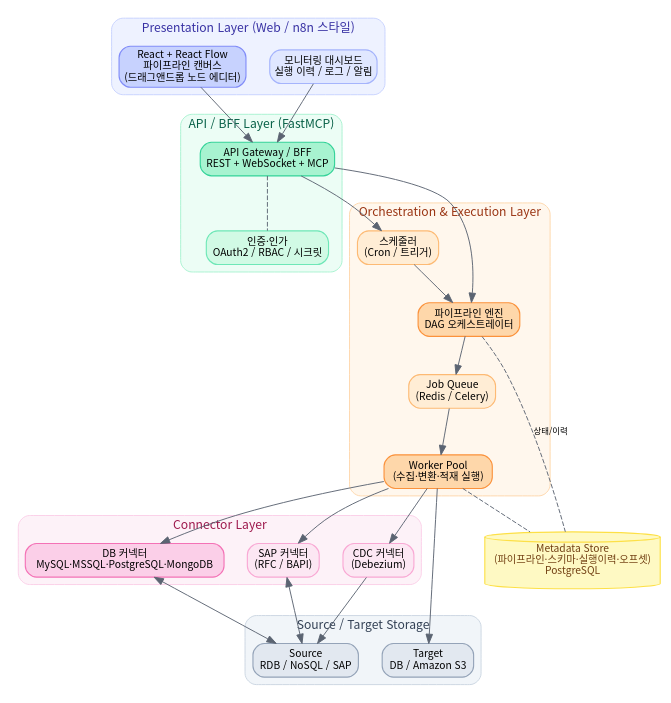
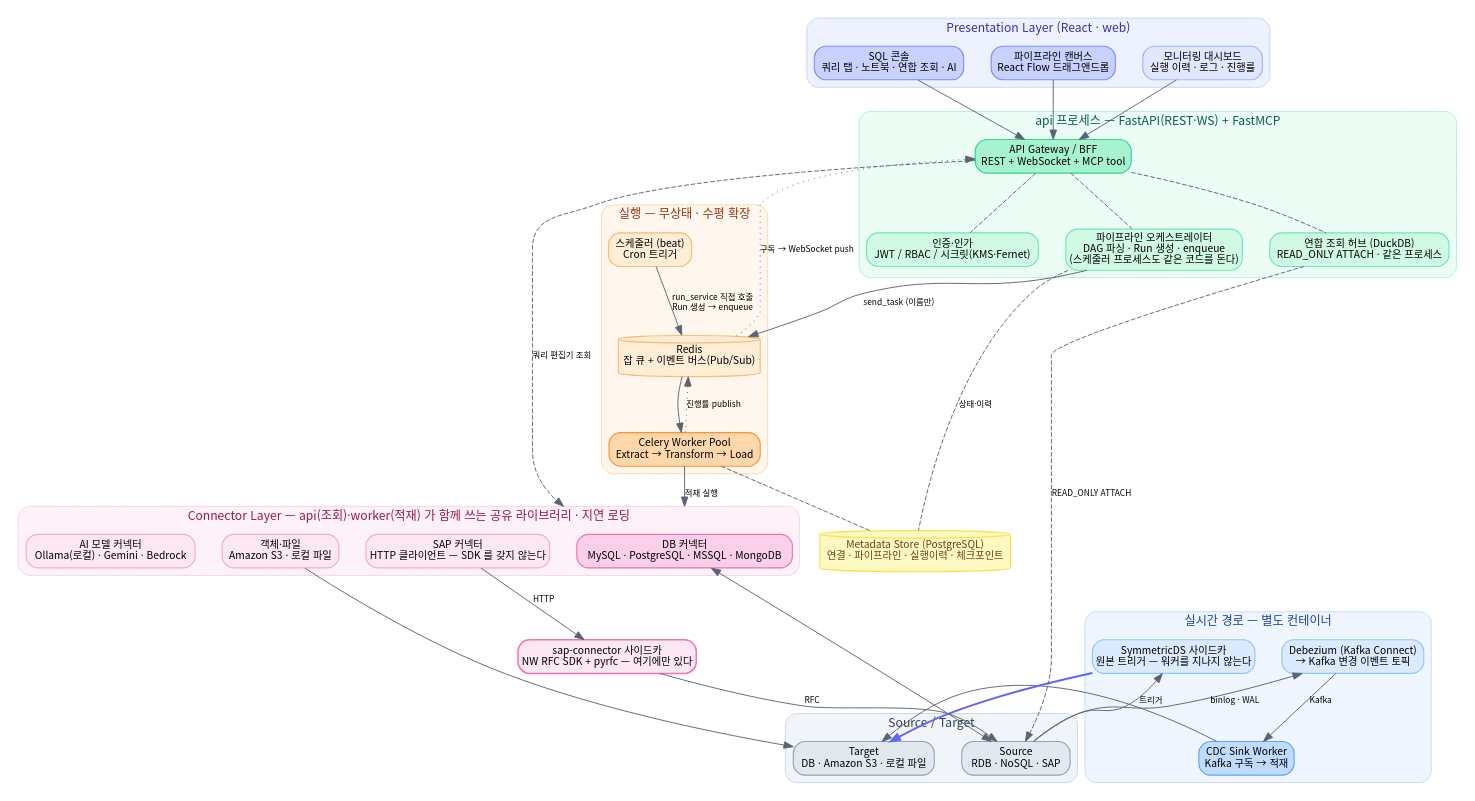
One commit to SurvivorsStudio/ditter changed the diagram in docs/diagrams/d1_overall.dot. Above: the diagram before and after it, drawn with Graphviz. The commit also changed 12 other files, not shown here.

```diff
--- a/docs/diagrams/d1_overall.dot
+++ b/docs/diagrams/d1_overall.dot
@@ -1,51 +1,106 @@
+// 전체 구조 — 계층과 **프로세스 경계**.
+//
+// 이 그림이 지켜야 하는 것 넷 (어긋나면 고친다):
+//   1. 없는 기능을 그리지 않는다. 인증은 JWT + RBAC 이다 — OAuth2 는 스키마만 있다.
+//   2. SQL 콘솔·연합 조회는 파이프라인과 나란한 제품의 절반이다. 빼면 그림이 거짓말을 한다.
+//   3. 무엇이 어느 프로세스에서 도는지 보여야 한다. 오케스트레이터는 별도 컨테이너가 아니고,
+//      SAP SDK 는 사이드카에만 있고, DuckDB 는 api 프로세스의 메모리를 쓴다.
+//   4. 스케줄러(beat)에서 api 클러스터로 화살표를 긋지 않는다. beat 는 api 를 부르지 않는다 —
+//      run_service(오케스트레이터 코드)를 **자기 프로세스에서** 돌려 Run 을 만들고 큐에 넣는다
+//      (eai_worker/scheduler.py). 그으면 없는 호출을 그리는 것이 된다.
+//
+// 엣지를 늘리지 말 것. api 도 worker 도 같은 커넥터를 쓰는데 둘 다 선으로 이으면
+// 그림이 실타래가 된다 — 그건 커넥터 계층 라벨이 대신 말한다.
+//
+// 다시 그리기: docs/diagrams/README.md
+
 digraph G {
-  rankdir=TB; bgcolor="white";
-  node [fontname="Noto Sans CJK KR", fontsize=11, shape=box, style="rounded,filled", penwidth=1.2];
-  edge [fontname="Noto Sans CJK KR", fontsize=9, color="#5b6472"];
-  graph [fontname="Noto Sans CJK KR", fontsize=13, labelloc=t, nodesep=0.35, ranksep=0.55];
+  rankdir=TB; bgcolor="white"; compound=true;
+  node [fontname="Noto Sans CJK KR,Apple SD Gothic Neo", fontsize=11, shape=box, style="rounded,filled", penwidth=1.2];
+  edge [fontname="Noto Sans CJK KR,Apple SD Gothic Neo", fontsize=9, color="#5b6472"];
+  graph [fontname="Noto Sans CJK KR,Apple SD Gothic Neo", fontsize=13, labelloc=t, nodesep=0.4, ranksep=0.7];
 
   subgraph cluster_pres {
-    label="Presentation Layer (Web / n8n 스타일)"; style="rounded,filled"; fillcolor="#eef2ff"; color="#c7d2fe"; fontcolor="#3730a3";
-    ui [label="React + React Flow\n파이프라인 캔버스\n(드래그앤드롭 노드 에디터)", fillcolor="#c7d2fe", color="#818cf8"];
-    mon [label="모니터링 대시보드\n실행 이력 / 로그 / 알림", fillcolor="#e0e7ff", color="#a5b4fc"];
+    label="Presentation Layer (React · web)"; style="rounded,filled"; fillcolor="#eef2ff"; color="#c7d2fe"; fontcolor="#3730a3";
+    sql [label="SQL 콘솔\n쿼리 탭 · 노트북 · 연합 조회 · AI", fillcolor="#c7d2fe", color="#818cf8"];
+    ui  [label="파이프라인 캔버스\nReact Flow 드래그앤드롭", fillcolor="#c7d2fe", color="#818cf8"];
+    mon [label="모니터링 대시보드\n실행 이력 · 로그 · 진행률", fillcolor="#e0e7ff", color="#a5b4fc"];
   }
 
   subgraph cluster_api {
-    label="API / BFF Layer (FastMCP)"; style="rounded,filled"; fillcolor="#ecfdf5"; color="#a7f3d0"; fontcolor="#065f46";
-    gw [label="API Gateway / BFF\nREST + WebSocket + MCP", fillcolor="#a7f3d0", color="#34d399"];
-    auth [label="인증·인가\nOAuth2 / RBAC / 시크릿", fillcolor="#d1fae5", color="#6ee7b7"];
+    label="api 프로세스 — FastAPI(REST·WS) + FastMCP"; style="rounded,filled"; fillcolor="#ecfdf5"; color="#a7f3d0"; fontcolor="#065f46";
+    gw   [label="API Gateway / BFF\nREST + WebSocket + MCP tool", fillcolor="#a7f3d0", color="#34d399"];
+    auth [label="인증·인가\nJWT / RBAC / 시크릿(KMS·Fernet)", fillcolor="#d1fae5", color="#6ee7b7"];
+    duck [label="연합 조회 허브 (DuckDB)\nREAD_ONLY ATTACH · 같은 프로세스", fillcolor="#d1fae5", color="#6ee7b7"];
+    orch [label="파이프라인 오케스트레이터\nDAG 파싱 · Run 생성 · enqueue\n(스케줄러 프로세스도 같은 코드를 돈다)", fillcolor="#d1fae5", color="#6ee7b7"];
   }
 
-  subgraph cluster_core {
-    label="Orchestration & Execution Layer"; style="rounded,filled"; fillcolor="#fff7ed"; color="#fed7aa"; fontcolor="#9a3412";
-    orch [label="파이프라인 엔진\nDAG 오케스트레이터", fillcolor="#fed7aa", color="#fb923c"];
-    sched [label="스케줄러\n(Cron / 트리거)", fillcolor="#ffedd5", color="#fdba74"];
-    queue [label="Job Queue\n(Redis / Celery)", fillcolor="#ffedd5", color="#fdba74"];
-    worker [label="Worker Pool\n(수집·변환·적재 실행)", fillcolor="#fed7aa", color="#fb923c"];
+  subgraph cluster_exec {
+    label="실행 — 무상태 · 수평 확장"; style="rounded,filled"; fillcolor="#fff7ed"; color="#fed7aa"; fontcolor="#9a3412";
+    sched  [label="스케줄러 (beat)\nCron 트리거", fillcolor="#ffedd5", color="#fdba74"];
+    queue  [label="Redis\n잡 큐 + 이벤트 버스(Pub/Sub)", shape=cylinder, fillcolor="#ffedd5", color="#fdba74"];
+    worker [label="Celery Worker Pool\nExtract → Transform → Load", fillcolor="#fed7aa", color="#fb923c"];
   }
 
   subgraph cluster_conn {
-    label="Connector Layer"; style="rounded,filled"; fillcolor="#fdf2f8"; color="#fbcfe8"; fontcolor="#9d174b";
-    dbc [label="DB 커넥터\nMySQL·MSSQL·PostgreSQL·MongoDB", fillcolor="#fbcfe8", color="#f472b6"];
-    sapc [label="SAP 커넥터\n(RFC / BAPI)", fillcolor="#fce7f3", color="#f9a8d4"];
-    cdc [label="CDC 커넥터\n(Debezium)", fillcolor="#fce7f3", color="#f9a8d4"];
+    label="Connector Layer — api(조회)·worker(적재) 가 함께 쓰는 공유 라이브러리 · 지연 로딩"; style="rounded,filled"; fillcolor="#fdf2f8"; color="#fbcfe8"; fontcolor="#9d174b";
+    dbc  [label="DB 커넥터\nMySQL · PostgreSQL · MSSQL · MongoDB", fillcolor="#fbcfe8", color="#f472b6"];
+    obj  [label="객체·파일\nAmazon S3 · 로컬 파일", fillcolor="#fce7f3", color="#f9a8d4"];
+    sapc [label="SAP 커넥터\nHTTP 클라이언트 — SDK 를 갖지 않는다", fillcolor="#fce7f3", color="#f9a8d4"];
+    aic  [label="AI 모델 커넥터\nOllama(로컬) · Gemini · Bedrock", fillcolor="#fce7f3", color="#f9a8d4"];
   }
 
-  subgraph cluster_store {
-    label="Source / Target Storage"; style="rounded,filled"; fillcolor="#f1f5f9"; color="#cbd5e1"; fontcolor="#334155";
-    src [label="Source\nRDB / NoSQL / SAP", fillcolor="#e2e8f0", color="#94a3b8"];
-    tgt [label="Target\nDB / Amazon S3", fillcolor="#e2e8f0", color="#94a3b8"];
+  subgraph cluster_rt {
+    label="실시간 경로 — 별도 컨테이너"; style="rounded,filled"; fillcolor="#eff6ff"; color="#bfdbfe"; fontcolor="#1e40af";
+    dbz   [label="Debezium (Kafka Connect)\n→ Kafka 변경 이벤트 토픽", fillcolor="#dbeafe", color="#93c5fd"];
+    sink  [label="CDC Sink Worker\nKafka 구독 → 적재", fillcolor="#bfdbfe", color="#60a5fa"];
+    symds [label="SymmetricDS 사이드카\n원본 트리거 — 워커를 지나지 않는다", fillcolor="#dbeafe", color="#93c5fd"];
   }
 
-  meta [label="Metadata Store\n(파이프라인·스키마·실행이력·오프셋)\nPostgreSQL", shape=cylinder, fillcolor="#fef9c3", color="#fde047", fontcolor="#713f12"];
+  sidecar [label="sap-connector 사이드카\nNW RFC SDK + pyrfc — 여기에만 있다", fillcolor="#fce7f3", color="#f472b6", penwidth=1.6];
 
-  ui -> gw; mon -> gw;
+  subgraph cluster_store {
+    label="Source / Target"; style="rounded,filled"; fillcolor="#f1f5f9"; color="#cbd5e1"; fontcolor="#334155";
+    src [label="Source\nRDB · NoSQL · SAP", fillcolor="#e2e8f0", color="#94a3b8"];
+    tgt [label="Target\nDB · Amazon S3 · 로컬 파일", fillcolor="#e2e8f0", color="#94a3b8"];
+  }
+
+  meta [label="Metadata Store (PostgreSQL)\n연결 · 파이프라인 · 실행이력 · 체크포인트", shape=cylinder, fillcolor="#fef9c3", color="#fde047", fontcolor="#713f12"];
+
+  // ── 화면 → API ────────────────────────────────────────────────────────
+  sql -> gw; ui -> gw; mon -> gw;
   gw -> auth [style=dashed, arrowhead=none];
-  gw -> orch; gw -> sched;
-  sched -> orch -> queue -> worker;
-  worker -> dbc; worker -> sapc; worker -> cdc;
-  dbc -> src [dir=both]; sapc -> src [dir=both]; cdc -> src;
-  worker -> tgt;
-  orch -> meta [style=dashed, arrowhead=none, label="상태/이력"];
+  gw -> duck [style=dashed, arrowhead=none];
+  gw -> orch [style=dashed, arrowhead=none];
+
+  // ── 파이프라인은 큐를 거쳐 워커로 ─────────────────────────────────────
+  sched -> queue [label="run_service 직접 호출\nRun 생성 → enqueue"];
+  orch -> queue [label="send_task (이름만)"];
+  queue -> worker;
+
+  // ── 커넥터 계층은 api·worker 가 함께 쓴다 (선 하나로 묶는다) ──────────
+  worker -> dbc [lhead=cluster_conn, label="적재 실행"];
+  gw     -> dbc [lhead=cluster_conn, label="쿼리 편집기 조회", style=dashed];
+
+  // ── 연합 조회만 커넥터를 거치지 않는다 — DuckDB 확장이 직접 붙는다 ────
+  duck -> src [label="READ_ONLY ATTACH", style=dashed];
+
+  // ── 커넥터 → 소스/타깃 ────────────────────────────────────────────────
+  dbc -> src [dir=both];
+  sapc -> sidecar [label="HTTP"];
+  sidecar -> src [label="RFC"];
+  obj -> tgt;
+
+  // ── 실시간 두 갈래 ────────────────────────────────────────────────────
+  src -> dbz [label="binlog · WAL"];
+  dbz -> sink [label="Kafka"];
+  sink -> tgt;
+  src -> symds [label="트리거"];
+  symds -> tgt [style=bold, color="#6366f1"];
+
+  // ── 상태는 메타DB 가 진실, 이벤트는 부가 채널 ─────────────────────────
+  orch -> meta [style=dashed, arrowhead=none, label="상태·이력"];
   worker -> meta [style=dashed, arrowhead=none];
+  worker -> queue [style=dotted, constraint=false, label="진행률 publish"];
+  queue -> gw [style=dotted, constraint=false, label="구독 → WebSocket push"];
 }
```
